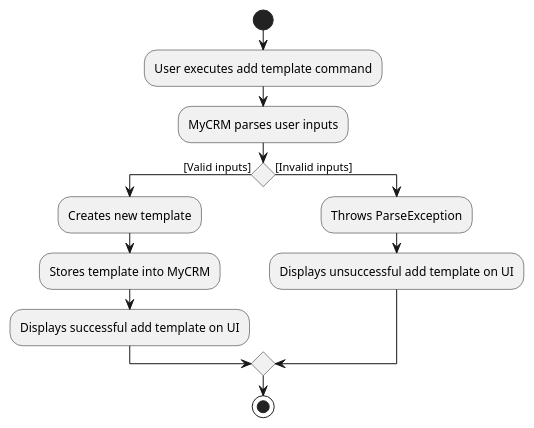
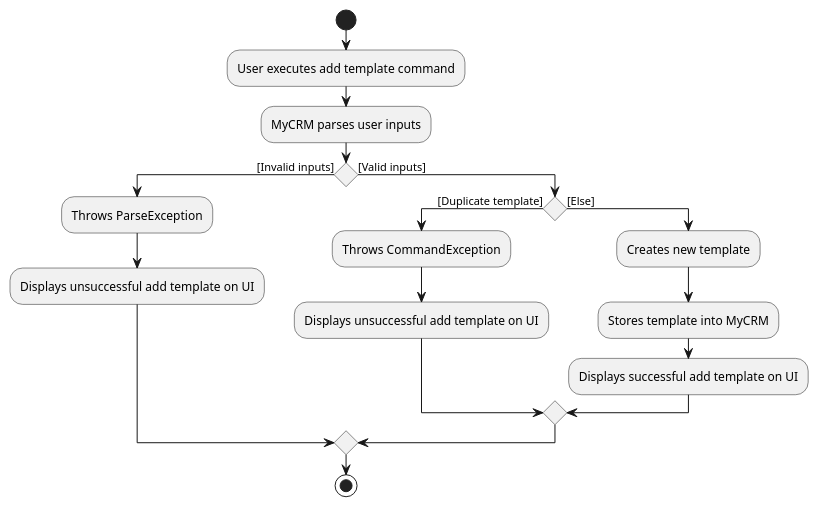
The diagram in docs/diagrams/mail/AddTemplateActivityDiagram.puml (ooawagaeri/tp), drawn with PlantUML before and after one commit. The commit also changed 14 other files, not shown here.

```diff
--- a/docs/diagrams/mail/AddTemplateActivityDiagram.puml
+++ b/docs/diagrams/mail/AddTemplateActivityDiagram.puml
@@ -1,15 +1,20 @@
 @startuml
 start
 :User executes add template command;
 :MyCRM parses user inputs;
-if () then ([Valid inputs])
-    :Creates new template;
-    :Stores template into MyCRM;
-    :Displays successful add template on UI;
-else ([Invalid inputs])
+if () then ([Invalid inputs])
     :Throws ParseException;
     :Displays unsuccessful add template on UI;
+else ([Valid inputs])
+    if () then ([Duplicate template])
+        :Throws CommandException;
+        :Displays unsuccessful add template on UI;
+    else ([Else])
+        :Creates new template;
+        :Stores template into MyCRM;
+        :Displays successful add template on UI;
+    endif
 endif
 stop
 
 @enduml
```
